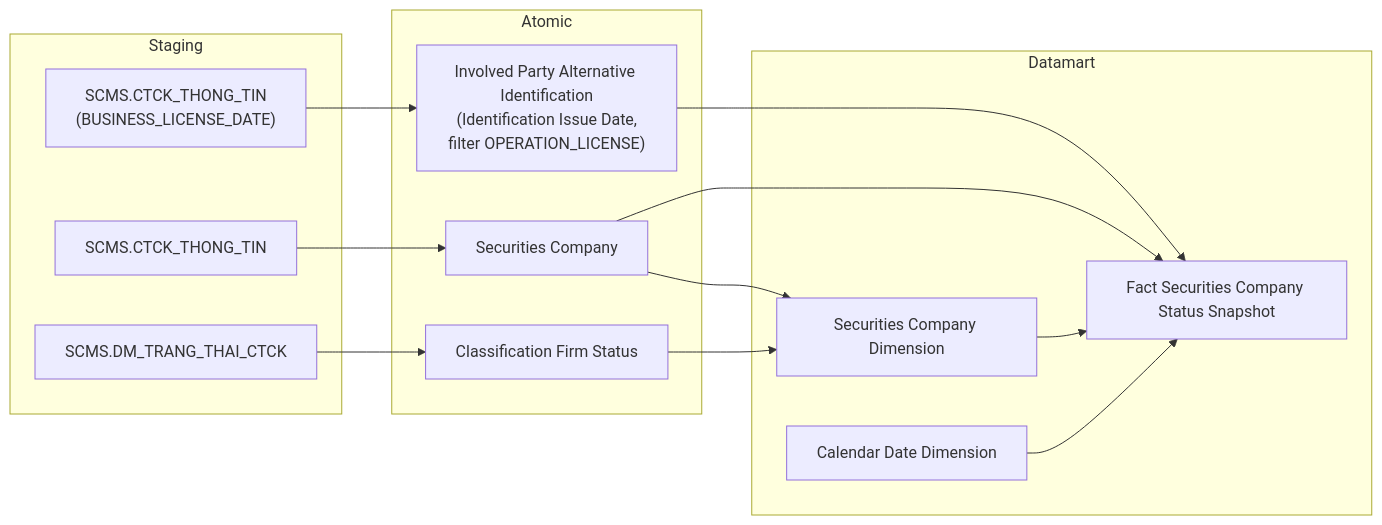
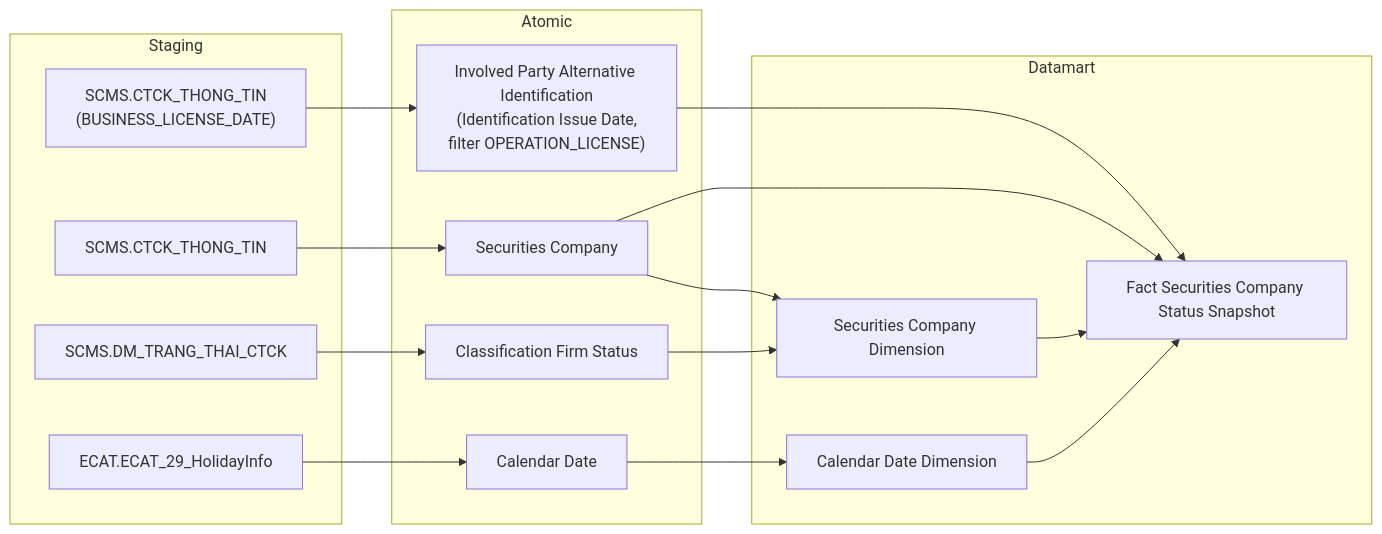
Before and after one commit to linhlvit/ubck_atomic_design: the first of 32 diagrams in Datamart/hld/DTM_QLKD_HLD.md, drawn with Mermaid. The commit also changed other lines of this file and 5 other files, not shown here.

````diff
--- a/Datamart/hld/DTM_QLKD_HLD.md
+++ b/Datamart/hld/DTM_QLKD_HLD.md
@@ -18,32 +18,36 @@
 ```mermaid
 flowchart LR
     subgraph SRC["Staging"]
         S1["SCMS.CTCK_THONG_TIN"]
         S1b["SCMS.CTCK_THONG_TIN\n(BUSINESS_LICENSE_DATE)"]
         S4["SCMS.DM_TRANG_THAI_CTCK"]
+        ECAT_ECAT_29_HolidayInfo["ECAT.ECAT_29_HolidayInfo"]
     end
 
     subgraph SIL["Atomic"]
         SV1["Securities Company"]
         SV1b["Involved Party Alternative Identification\n(Identification Issue Date,\nfilter OPERATION_LICENSE)"]
         SV4["Classification Firm Status"]
+        Calendar_Date["Calendar Date"]
     end
 
     subgraph Datamart["Datamart"]
         G1["Fact Securities Company Status Snapshot"]
         G2["Securities Company Dimension"]
         G3["Calendar Date Dimension"]
     end
 
     S1 --> SV1
     S1b --> SV1b
     S4 --> SV4
+    ECAT_ECAT_29_HolidayInfo --> Calendar_Date
 
     SV1 --> G2
     SV4 --> G2
     SV1b --> G1
     SV1 --> G1
+    Calendar_Date --> G3
 
     G2 --> G1
     G3 --> G1
 ```
````
